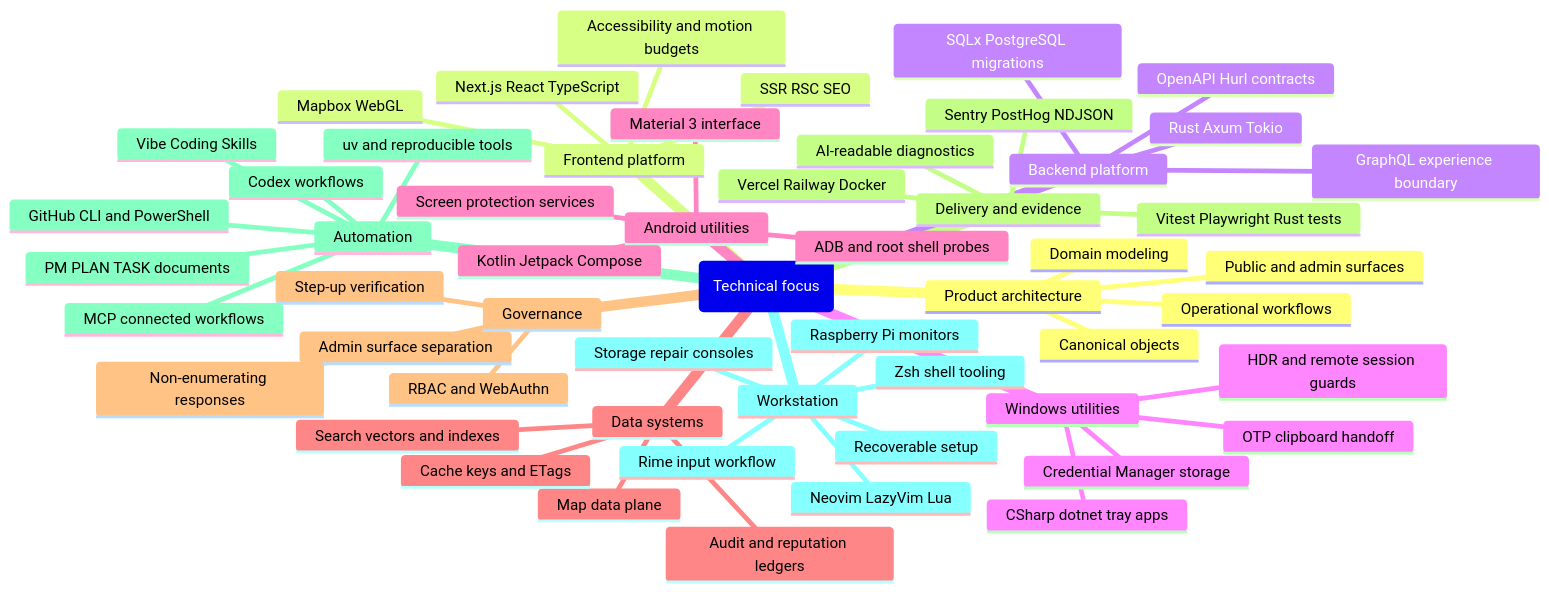
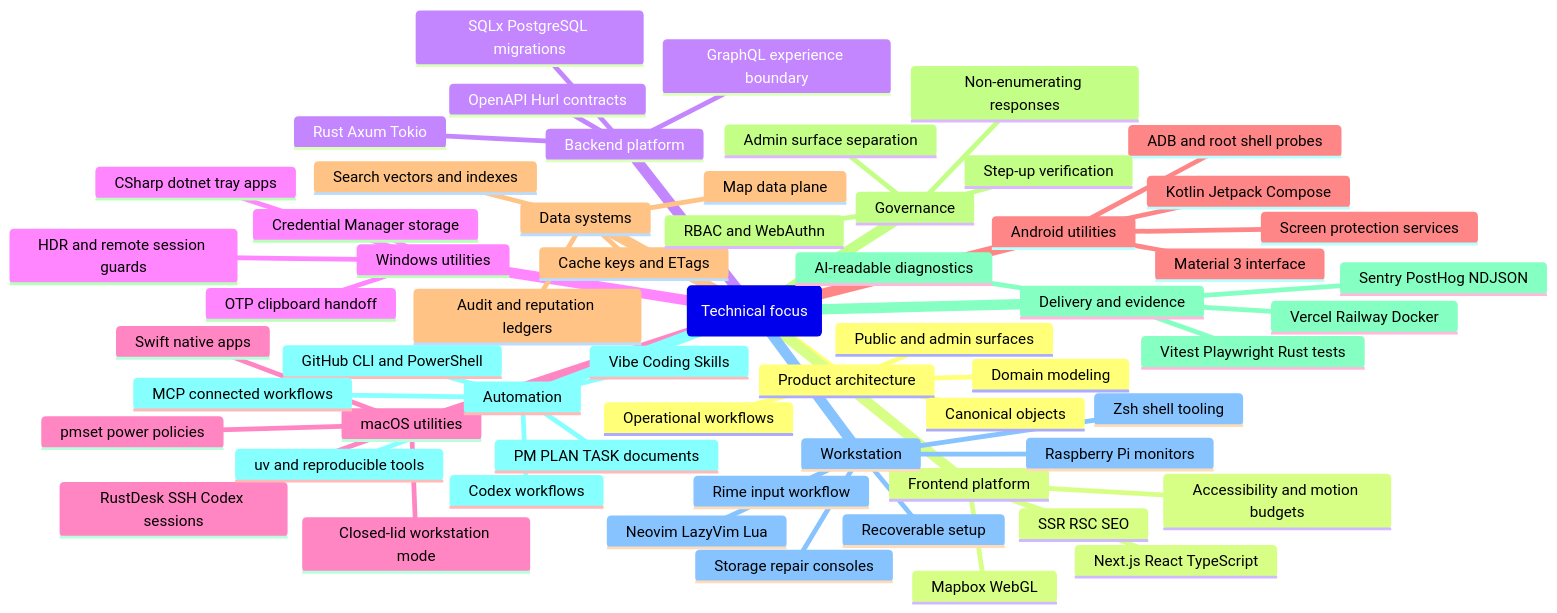
One commit to Nongfsq/Nongfsq changed the third of 3 diagrams in README.md. Above: the diagram before and after it, drawn with Mermaid. The commit also changed other lines of this file, not shown here.

Commit message:
Add mac remote workstation to profile

````diff
--- a/README.md
+++ b/README.md
@@ -229,58 +246,63 @@
 ```mermaid
 mindmap
   root(Technical focus)
     Product architecture
       Domain modeling
       Canonical objects
       Public and admin surfaces
       Operational workflows
     Frontend platform
       Next.js React TypeScript
       SSR RSC SEO
       Mapbox WebGL
       Accessibility and motion budgets
     Backend platform
       Rust Axum Tokio
       SQLx PostgreSQL migrations
       OpenAPI Hurl contracts
       GraphQL experience boundary
     Windows utilities
       CSharp dotnet tray apps
       Credential Manager storage
       HDR and remote session guards
       OTP clipboard handoff
+    macOS utilities
+      Swift native apps
+      pmset power policies
+      Closed-lid workstation mode
+      RustDesk SSH Codex sessions
     Android utilities
       Kotlin Jetpack Compose
       Material 3 interface
       ADB and root shell probes
       Screen protection services
     Data systems
       Map data plane
       Cache keys and ETags
       Search vectors and indexes
       Audit and reputation ledgers
     Governance
       RBAC and WebAuthn
       Step-up verification
       Admin surface separation
       Non-enumerating responses
     Delivery and evidence
       Vercel Railway Docker
       Sentry PostHog NDJSON
       Vitest Playwright Rust tests
       AI-readable diagnostics
     Automation
       Codex workflows
       PM PLAN TASK documents
       Vibe Coding Skills
       GitHub CLI and PowerShell
       uv and reproducible tools
       MCP connected workflows
     Workstation
       Neovim LazyVim Lua
       Zsh shell tooling
       Rime input workflow
       Recoverable setup
       Storage repair consoles
       Raspberry Pi monitors
 ```
````
